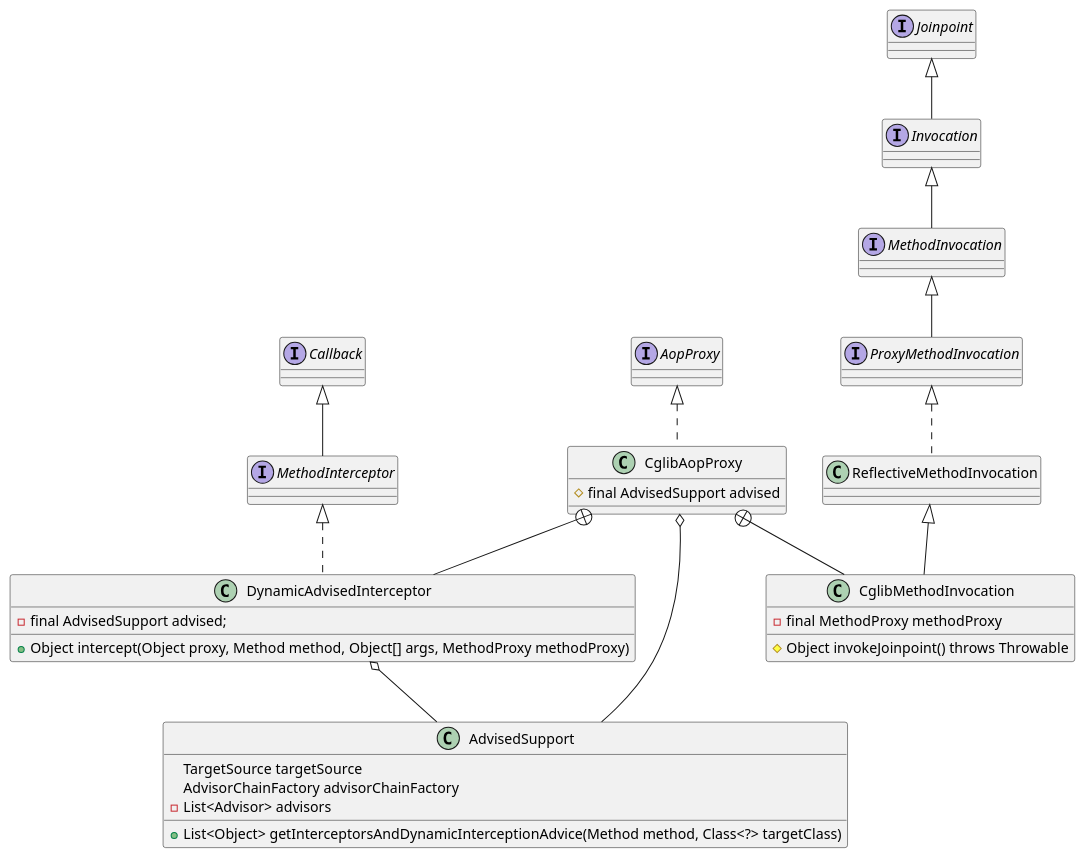
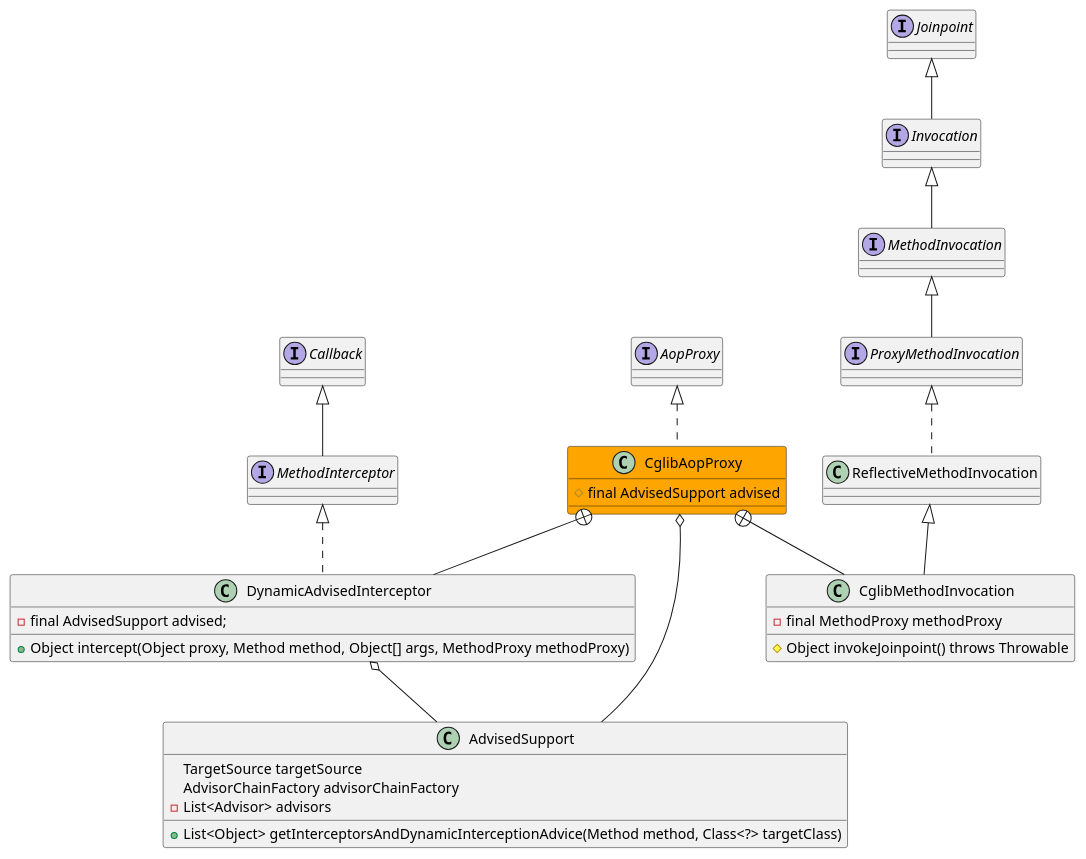
One commit to onlyonion/development changed the diagram in docs/20-framework/src/spring/spring-aop/framework/CglibAopProxy.md. Above: the diagram before and after it, drawn with PlantUML. The commit also changed 42 other files, not shown here.

````diff
--- a/docs/20-framework/src/spring/spring-aop/framework/CglibAopProxy.md
+++ b/docs/20-framework/src/spring/spring-aop/framework/CglibAopProxy.md
@@ -16,58 +16,58 @@
 ```plantuml
 @startuml
 
 interface AopProxy
 
 '''''''''''''''''''''''' CglibAopProxy '''''''''''''''''''''''''''''
-class CglibAopProxy {
+class CglibAopProxy #orange {
     # final AdvisedSupport advised
 }
 AopProxy <|.. CglibAopProxy
 
 '''''''''''''''''''''''' 通知支撑 '''''''''''''''''''''''''''''
 class AdvisedSupport {
     TargetSource targetSource
     AdvisorChainFactory advisorChainFactory
     - List<Advisor> advisors
     
     + List<Object> getInterceptorsAndDynamicInterceptionAdvice(Method method, Class<?> targetClass)
 }
 CglibAopProxy o-- AdvisedSupport
 
 '''''''''''''''''''''''' DynamicAdvisedInterceptor '''''''''''''''''''''''''''''
 interface Callback
 interface MethodInterceptor
 
 Callback ^-- MethodInterceptor
 MethodInterceptor ^.. DynamicAdvisedInterceptor
 
 class DynamicAdvisedInterceptor {
     - final AdvisedSupport advised;
     + Object intercept(Object proxy, Method method, Object[] args, MethodProxy methodProxy)
 } 
 CglibAopProxy +-- DynamicAdvisedInterceptor
 DynamicAdvisedInterceptor o-- AdvisedSupport
 
 '''''''''''''''''''''''' CglibMethodInvocation '''''''''''''''''''''''''''''
 interface Joinpoint
 interface Invocation
 interface MethodInvocation
 interface ProxyMethodInvocation
 
 Joinpoint ^-- Invocation
 Invocation ^-- MethodInvocation
 MethodInvocation ^-- ProxyMethodInvocation
 ProxyMethodInvocation ^.. ReflectiveMethodInvocation
 class ReflectiveMethodInvocation
 ReflectiveMethodInvocation ^-- CglibMethodInvocation
 
 class CglibMethodInvocation {
     - final MethodProxy methodProxy
     # Object invokeJoinpoint() throws Throwable
 }
 
 CglibAopProxy +-- CglibMethodInvocation
 
 
 @enduml
 ```
````
